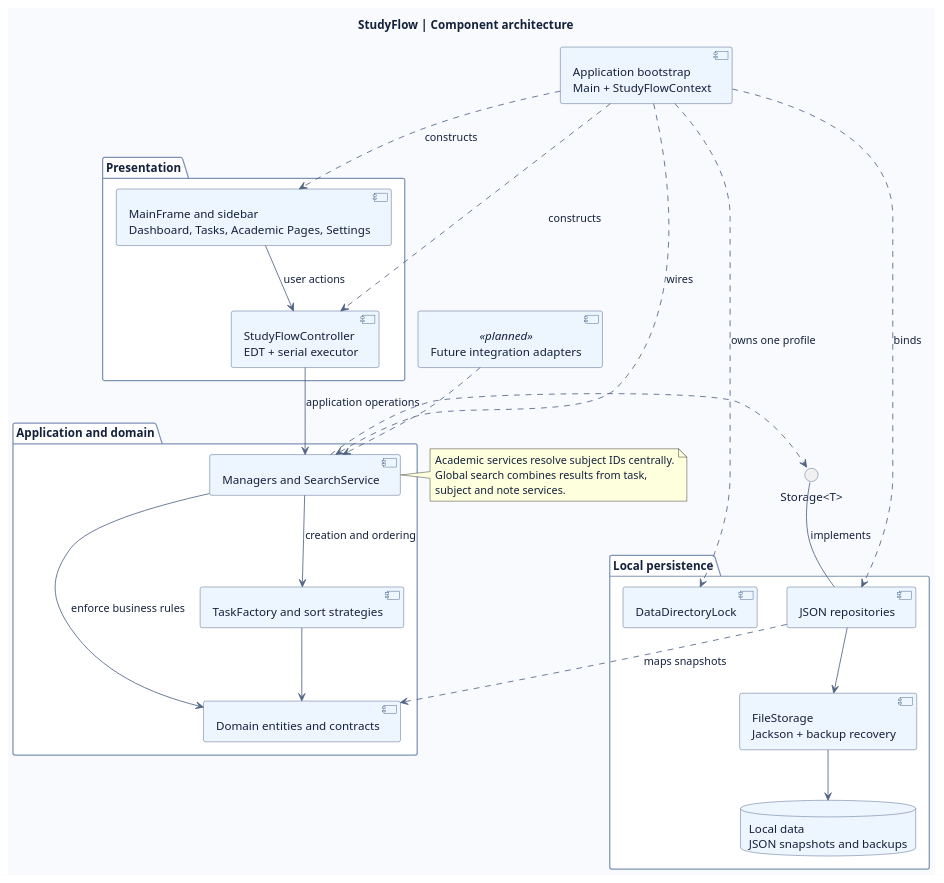
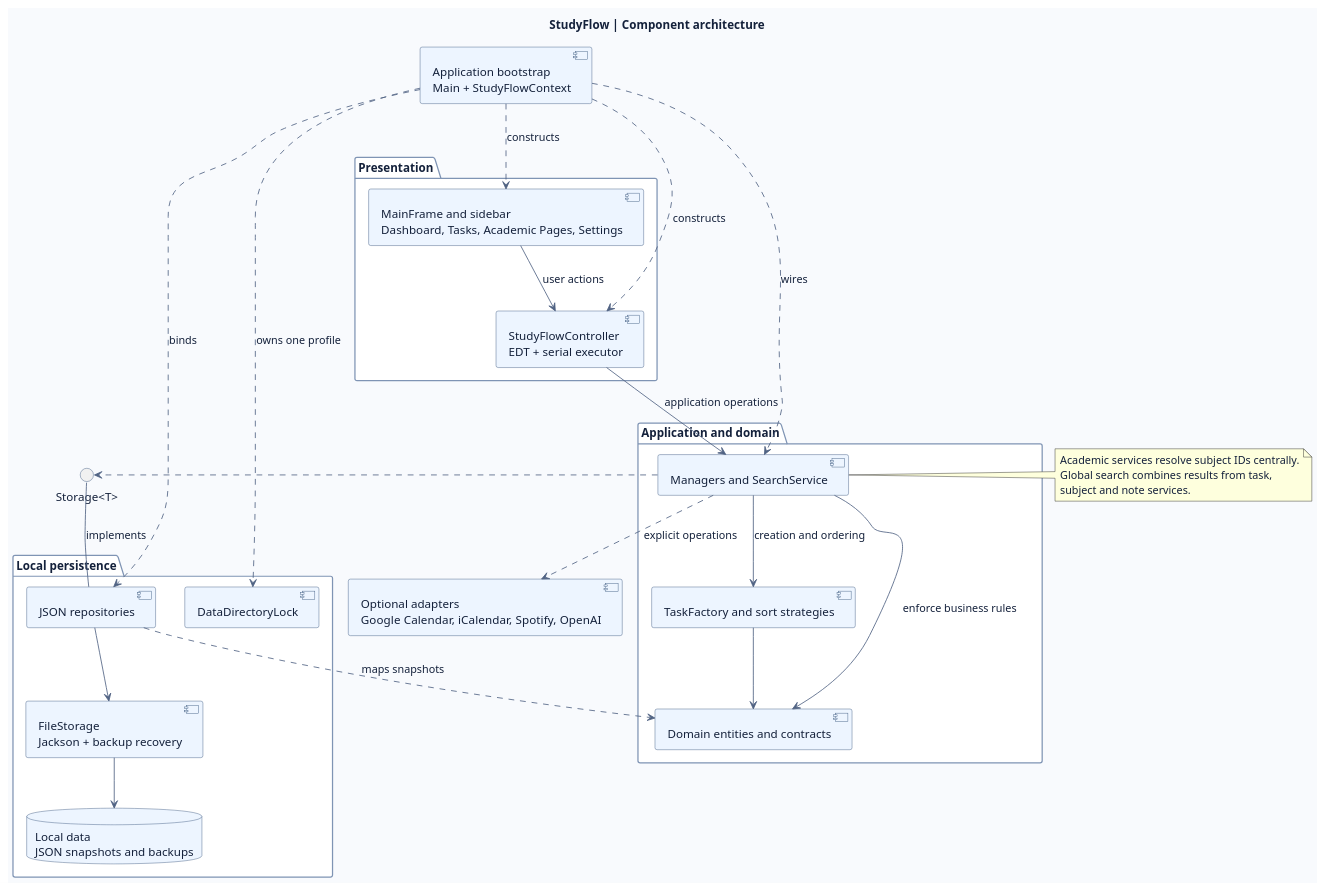
The diagram in docs/uml/component-diagram.puml (Dishitha09/StudyFlow), drawn with PlantUML before and after one commit. The commit also changed 17 other files, not shown here.

```diff
--- a/docs/uml/component-diagram.puml
+++ b/docs/uml/component-diagram.puml
@@ -1,61 +1,61 @@
 @startuml
 title StudyFlow | Component architecture
 top to bottom direction
 skinparam backgroundColor #F8FAFD
 skinparam defaultFontName Segoe UI
 skinparam defaultFontColor #14213B
 skinparam shadowing false
 skinparam ArrowColor #506383
 skinparam componentBorderColor #345279
 skinparam componentBackgroundColor #EDF5FF
 skinparam interfaceBorderColor #345279
 skinparam packageBorderColor #7F94B4
 skinparam packageBackgroundColor #FFFFFF
 skinparam databaseBorderColor #345279
 skinparam databaseBackgroundColor #EDF5FF
 
 component "Application bootstrap\nMain + StudyFlowContext" as Bootstrap
 
 package "Presentation" {
   component "MainFrame and sidebar\nDashboard, Tasks, Academic Pages, Settings" as Views
   component "StudyFlowController\nEDT + serial executor" as Controllers
   Views --> Controllers : user actions
 }
 
 package "Application and domain" {
   component "Managers and SearchService" as Services
   component "TaskFactory and sort strategies" as Policies
   component "Domain entities and contracts" as Domain
   Services --> Policies : creation and ordering
   Services --> Domain : enforce business rules
   Policies --> Domain
 }
 
 interface "Storage<T>" as Repository
 
 package "Local persistence" {
   component "JSON repositories" as JsonRepositories
   component "FileStorage\nJackson + backup recovery" as FileStorage
   component "DataDirectoryLock" as Lock
   database "Local data\nJSON snapshots and backups" as Files
   JsonRepositories --> FileStorage
   FileStorage --> Files
 }
 
-component "Future integration adapters" as Integrations <<planned>>
+component "Optional adapters\nGoogle Calendar, iCalendar, Spotify, OpenAI" as Integrations
 Bootstrap ..> Views : constructs
 Bootstrap ..> Controllers : constructs
 Bootstrap ..> Services : wires
 Bootstrap ..> JsonRepositories : binds
 Bootstrap ..> Lock : owns one profile
 Controllers --> Services : application operations
 Services ..> Repository
 JsonRepositories -up- Repository : implements
 JsonRepositories ..> Domain : maps snapshots
-Integrations ..> Services
+Services ..> Integrations : explicit operations
 note right of Services
   Academic services resolve subject IDs centrally.
   Global search combines results from task,
   subject and note services.
 end note
 @enduml
```
